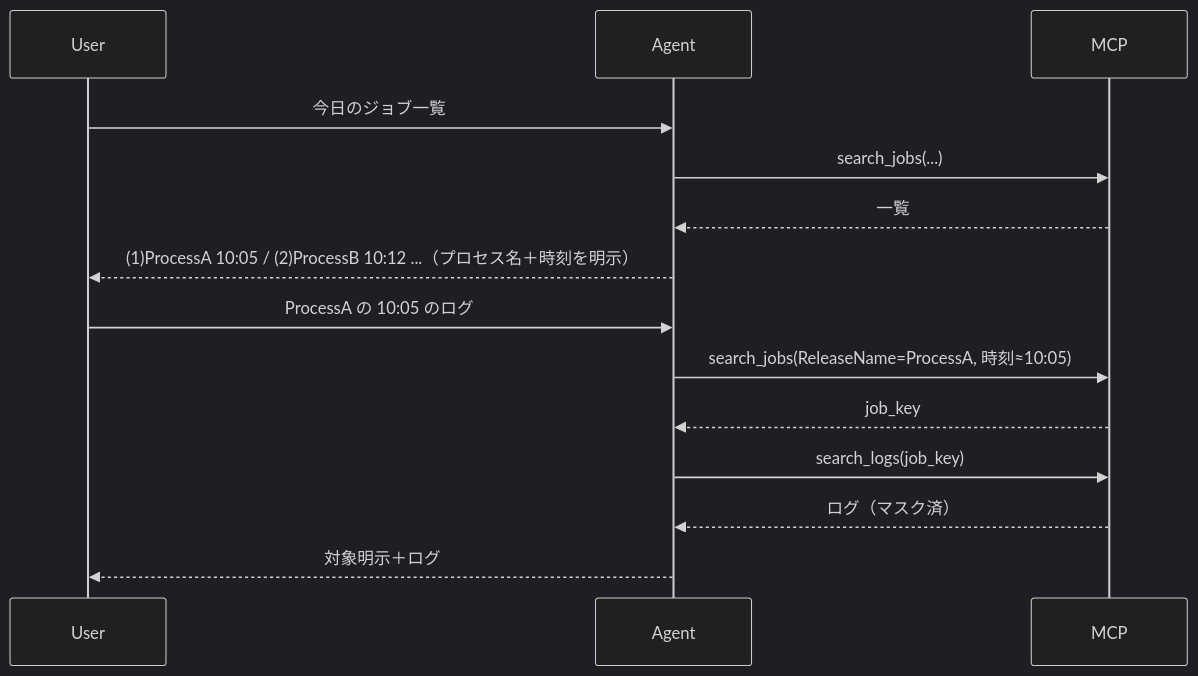
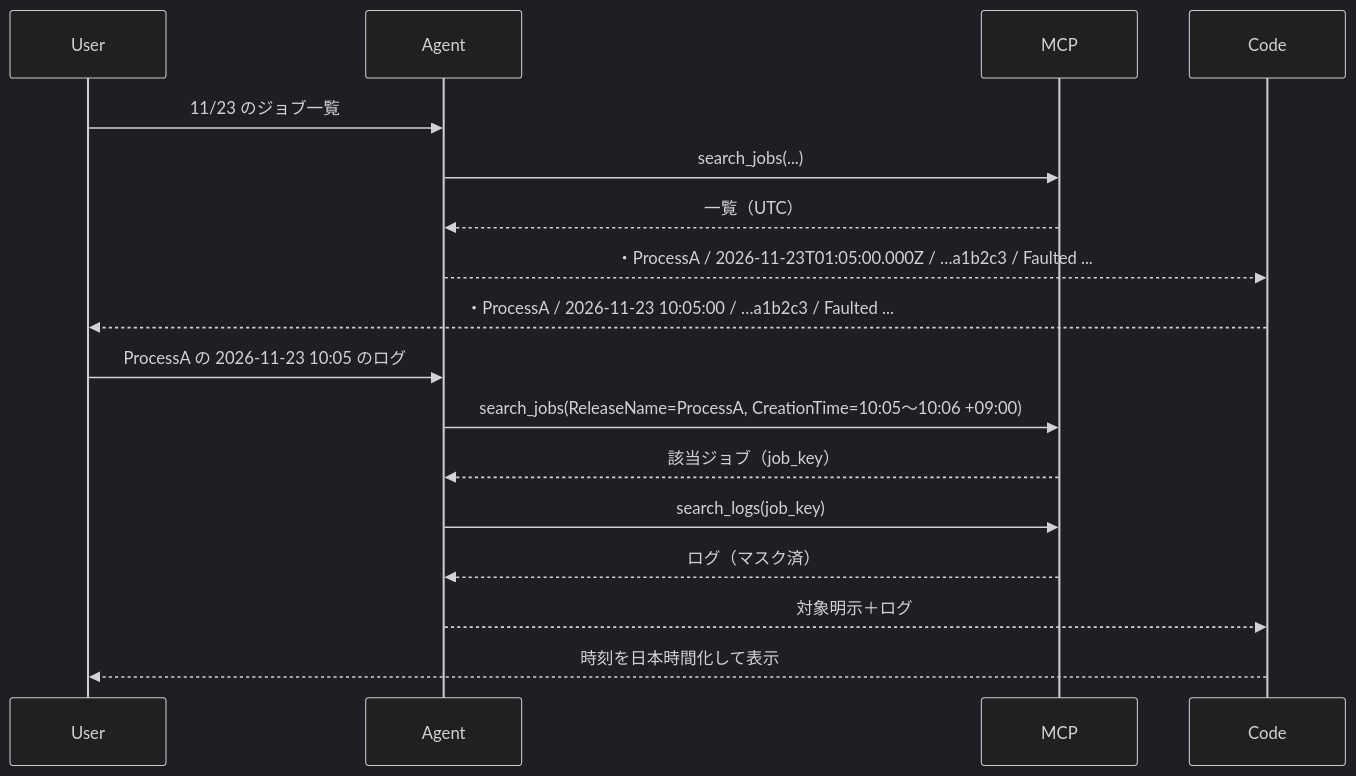
One commit to TechTM-0/uipath-dify-connector changed the sixth of 7 diagrams in docs/照会アシスタントA_設計メモ_案2_FunctionCalling.md. Above: the diagram before and after it, drawn with Mermaid (dark theme). The commit also changed other lines of this file and 1 other file, not shown here.

````diff
--- a/docs/照会アシスタントA_設計メモ_案2_FunctionCalling.md
+++ b/docs/照会アシスタントA_設計メモ_案2_FunctionCalling.md
@@ -461,16 +614,19 @@
 ```mermaid
 sequenceDiagram
   participant U as User
   participant A as Agent
   participant M as MCP
-  U->>A: 今日のジョブ一覧
+  participant C as Code
+  U->>A: 11/23 のジョブ一覧
   A->>M: search_jobs(...)
-  M-->>A: 一覧
-  A-->>U: (1)ProcessA 10:05 / (2)ProcessB 10:12 ...（プロセス名＋時刻を明示）
-  U->>A: ProcessA の 10:05 のログ
-  A->>M: search_jobs(ReleaseName=ProcessA, 時刻≈10:05)
-  M-->>A: job_key
+  M-->>A: 一覧（UTC）
+  A-->>C: ・ProcessA / 2026-11-23T01:05:00.000Z / …a1b2c3 / Faulted ...
+  C-->>U: ・ProcessA / 2026-11-23 10:05:00 / …a1b2c3 / Faulted ...
+  U->>A: ProcessA の 2026-11-23 10:05 のログ
+  A->>M: search_jobs(ReleaseName=ProcessA, CreationTime=10:05〜10:06 +09:00)
+  M-->>A: 該当ジョブ（job_key）
   A->>M: search_logs(job_key)
   M-->>A: ログ（マスク済）
-  A-->>U: 対象明示＋ログ
+  A-->>C: 対象明示＋ログ
+  C-->>U: 時刻を日本時間化して表示
 ```
````
